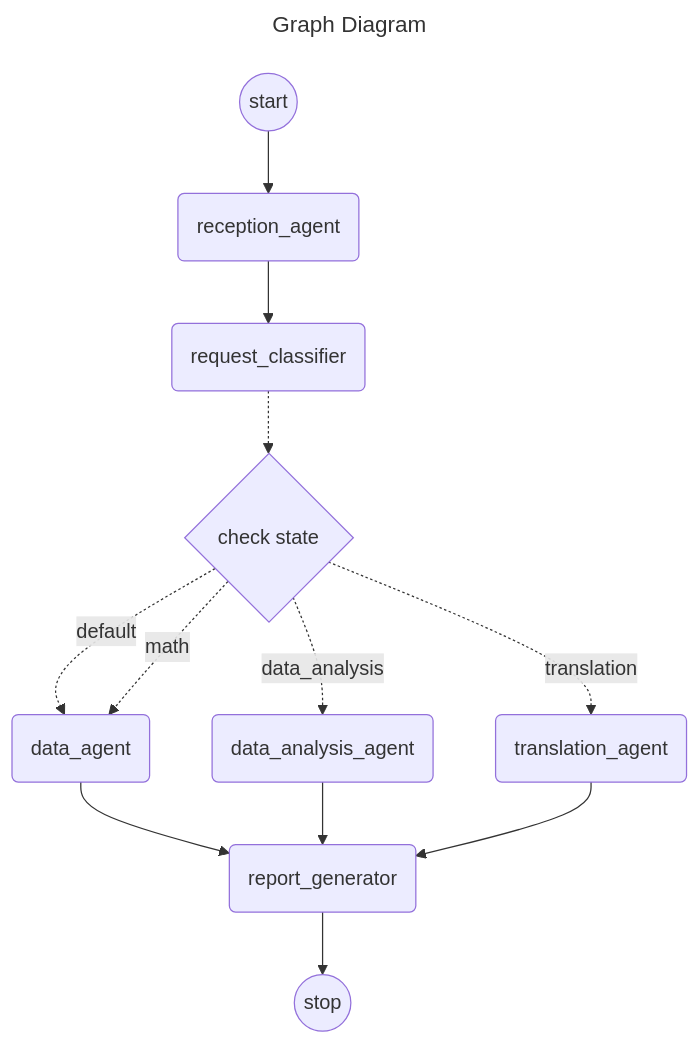
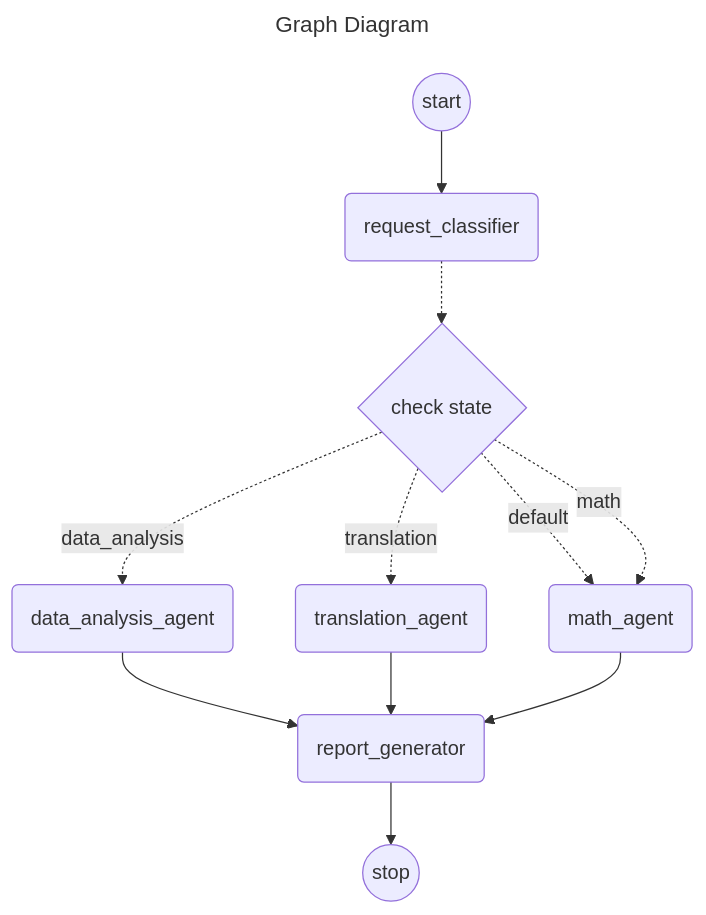
One commit to zhouyou9505/spring-ai-alibaba changed the diagram in spring-ai-alibaba-graph/spring-ai-alibaba-graph-platform/src/main/java/com/alibaba/cloud/ai/controller/a.mermaid. Above: the diagram before and after it, drawn with Mermaid. The commit also changed 12 other files, not shown here.

Commit message:
feat jmanus graph

```diff
--- a/spring-ai-alibaba-graph/spring-ai-alibaba-graph-platform/src/main/java/com/alibaba/cloud/ai/controller/a.mermaid
+++ b/spring-ai-alibaba-graph/spring-ai-alibaba-graph-platform/src/main/java/com/alibaba/cloud/ai/controller/a.mermaid
@@ -1,31 +1,29 @@
 ---
 title: Graph Diagram
 ---
 flowchart TD
     __START__((start))
     __END__((stop))
-    reception_agent("reception_agent")
     request_classifier("request_classifier")
-    data_agent("data_agent")
+    math_agent("math_agent")
     translation_agent("translation_agent")
     data_analysis_agent("data_analysis_agent")
     report_generator("report_generator")
     condition1{"check state"}
-    __START__:::__START__ --> reception_agent:::reception_agent
-    data_agent:::data_agent --> report_generator:::report_generator
+    __START__:::__START__ --> request_classifier:::request_classifier
     data_analysis_agent:::data_analysis_agent --> report_generator:::report_generator
-    reception_agent:::reception_agent --> request_classifier:::request_classifier
     translation_agent:::translation_agent --> report_generator:::report_generator
+    math_agent:::math_agent --> report_generator:::report_generator
     request_classifier:::request_classifier -.-> condition1:::condition1
-    condition1:::condition1 -.->|default| data_agent:::data_agent
-%%	request_classifier:::request_classifier -.->|default| data_agent:::data_agent
+    condition1:::condition1 -.->|default| math_agent:::math_agent
+%%	request_classifier:::request_classifier -.->|default| math_agent:::math_agent
     condition1:::condition1 -.->|translation| translation_agent:::translation_agent
 %%	request_classifier:::request_classifier -.->|translation| translation_agent:::translation_agent
     condition1:::condition1 -.->|data_analysis| data_analysis_agent:::data_analysis_agent
 %%	request_classifier:::request_classifier -.->|data_analysis| data_analysis_agent:::data_analysis_agent
-    condition1:::condition1 -.->|math| data_agent:::data_agent
-%%	request_classifier:::request_classifier -.->|math| data_agent:::data_agent
+    condition1:::condition1 -.->|math| math_agent:::math_agent
+%%	request_classifier:::request_classifier -.->|math| math_agent:::math_agent
     report_generator:::report_generator --> __END__:::__END__
 
     classDef ___START__ fill:black,stroke-width:1px,font-size:xx-small;
     classDef ___END__ fill:black,stroke-width:1px,font-size:xx-small;
```
